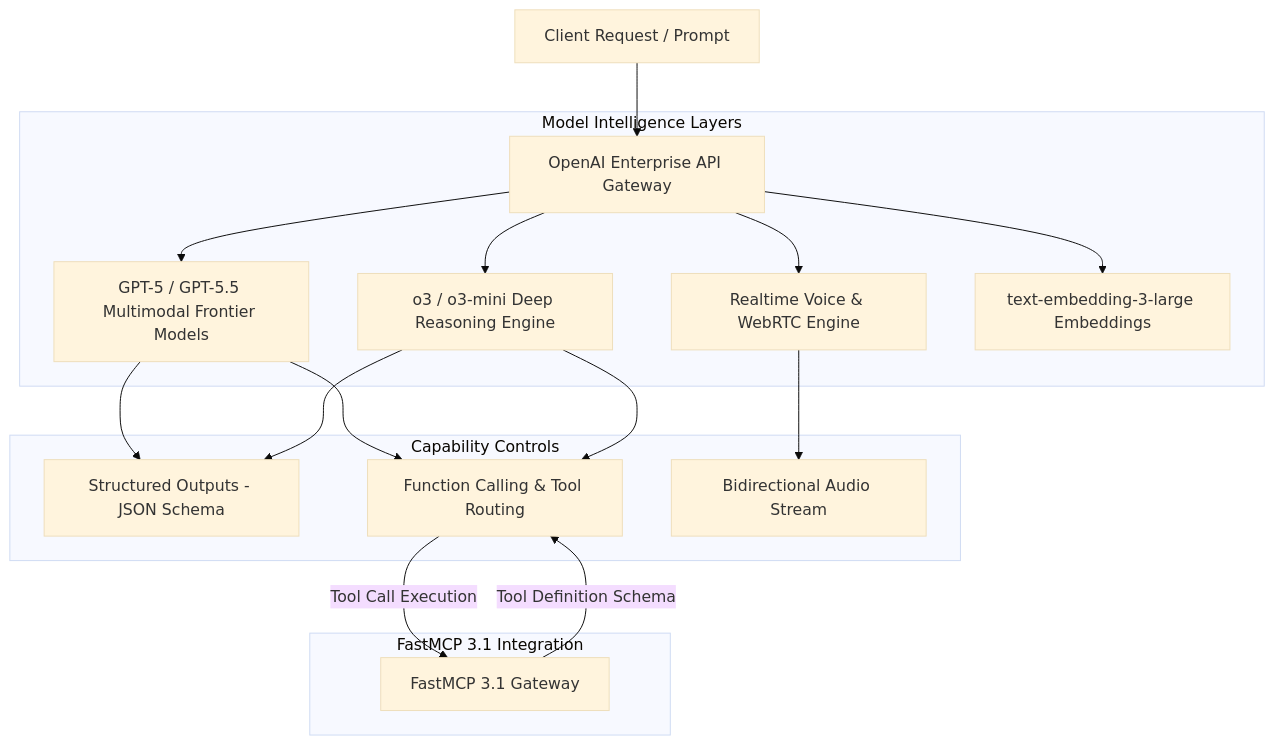
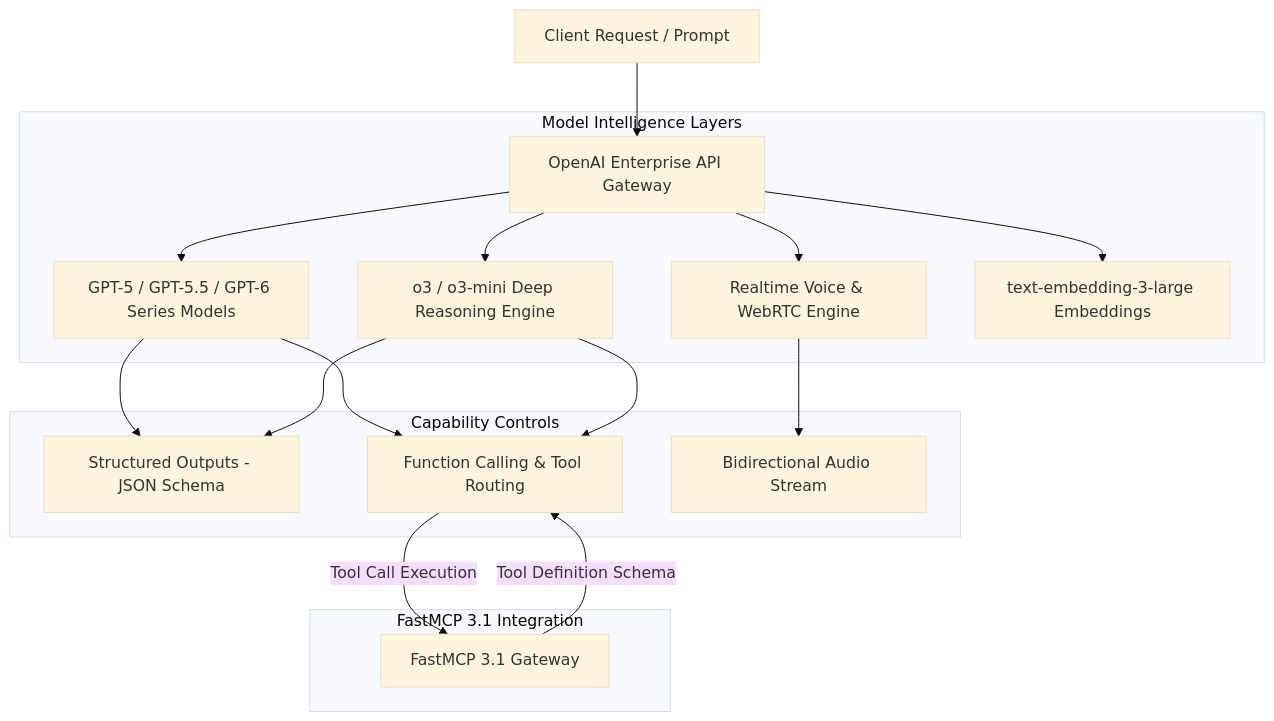
Before and after one commit to joanmarcriera/Home-office-automations: the first of 2 diagrams in docs/tools/ai_knowledge/openai.md, drawn with Mermaid (base theme). The commit also changed other lines of this file and 7 other files, not shown here.

````diff
--- a/docs/tools/ai_knowledge/openai.md
+++ b/docs/tools/ai_knowledge/openai.md
@@ -8,22 +8,22 @@
 ```mermaid
 graph TD
     A[Client Request / Prompt] --> B[OpenAI Enterprise API Gateway]
 
     subgraph Model Intelligence Layers
-        B --> C[GPT-5 / GPT-5.5 Multimodal Frontier Models]
+        B --> C[GPT-5 / GPT-5.5 / GPT-6 Series Models]
         B --> D[o3 / o3-mini Deep Reasoning Engine]
         B --> E[Realtime Voice & WebRTC Engine]
         B --> F[text-embedding-3-large Embeddings]
     end
 
     subgraph Capability Controls
         C & D --> G[Structured Outputs - JSON Schema]
         C & D --> H[Function Calling & Tool Routing]
         E --> I[Bidirectional Audio Stream]
     end
 
     subgraph FastMCP 3.1 Integration
         J[FastMCP 3.1 Gateway] -->|Tool Definition Schema| H
         H -->|Tool Call Execution| J
     end
 ```
````
